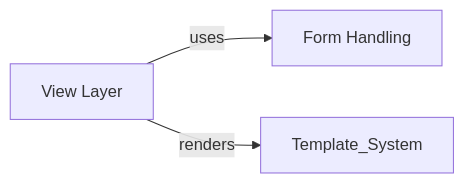
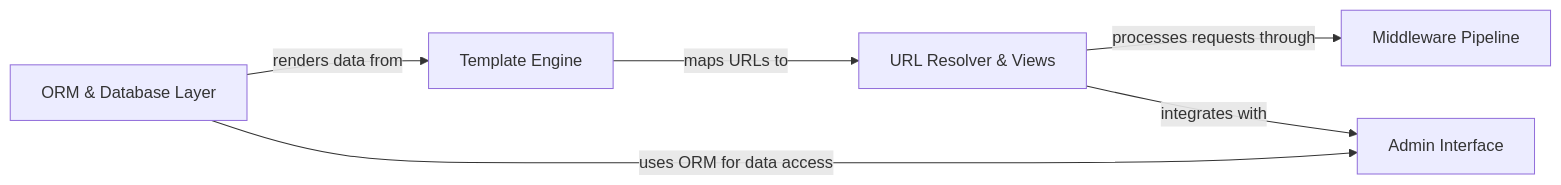
The diagram in django/on_boarding.md (CodeBoarding/GeneratedOnBoardings), drawn with Mermaid before and after one commit. The commit also changed other lines of this file and 5 other files, not shown here.

````diff
--- a/django/on_boarding.md
+++ b/django/on_boarding.md
@@ -1,8 +1,17 @@
 ```mermaid
 graph LR
-    Form_Handling["Form Handling"]
-    View_Layer["View Layer"]
-    View_Layer -- "uses" --> Form_Handling
-    View_Layer -- "renders" --> Template_System
-    click View_Layer href "https://github.com/CodeBoarding/GeneratedOnBoardings/blob/main/django/View_Layer.md" "Details"
+    ORM_Database_Layer["ORM & Database Layer"]
+    Middleware_Pipeline["Middleware Pipeline"]
+    URL_Resolver_Views["URL Resolver & Views"]
+    Template_Engine["Template Engine"]
+    Admin_Interface["Admin Interface"]
+    URL_Resolver_Views -- "processes requests through" --> Middleware_Pipeline
+    Template_Engine -- "maps URLs to" --> URL_Resolver_Views
+    ORM_Database_Layer -- "renders data from" --> Template_Engine
+    ORM_Database_Layer -- "uses ORM for data access" --> Admin_Interface
+    URL_Resolver_Views -- "integrates with" --> Admin_Interface
+    click ORM_Database_Layer href "https://github.com/CodeBoarding/GeneratedOnBoardings/blob/main/django/ORM_Database_Layer.md" "Details"
+    click Middleware_Pipeline href "https://github.com/CodeBoarding/GeneratedOnBoardings/blob/main/django/Middleware_Pipeline.md" "Details"
+    click URL_Resolver_Views href "https://github.com/CodeBoarding/GeneratedOnBoardings/blob/main/django/URL_Resolver_Views.md" "Details"
+    click Template_Engine href "https://github.com/CodeBoarding/GeneratedOnBoardings/blob/main/django/Template_Engine.md" "Details"
 ```
````
